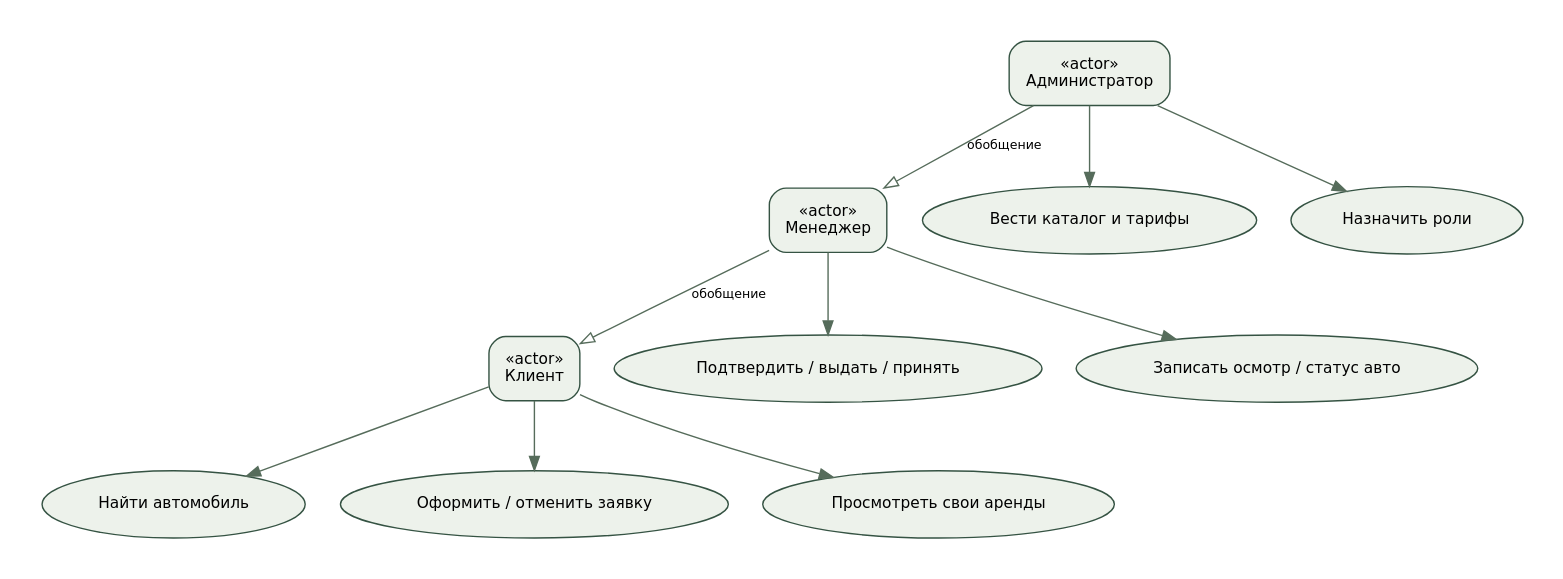
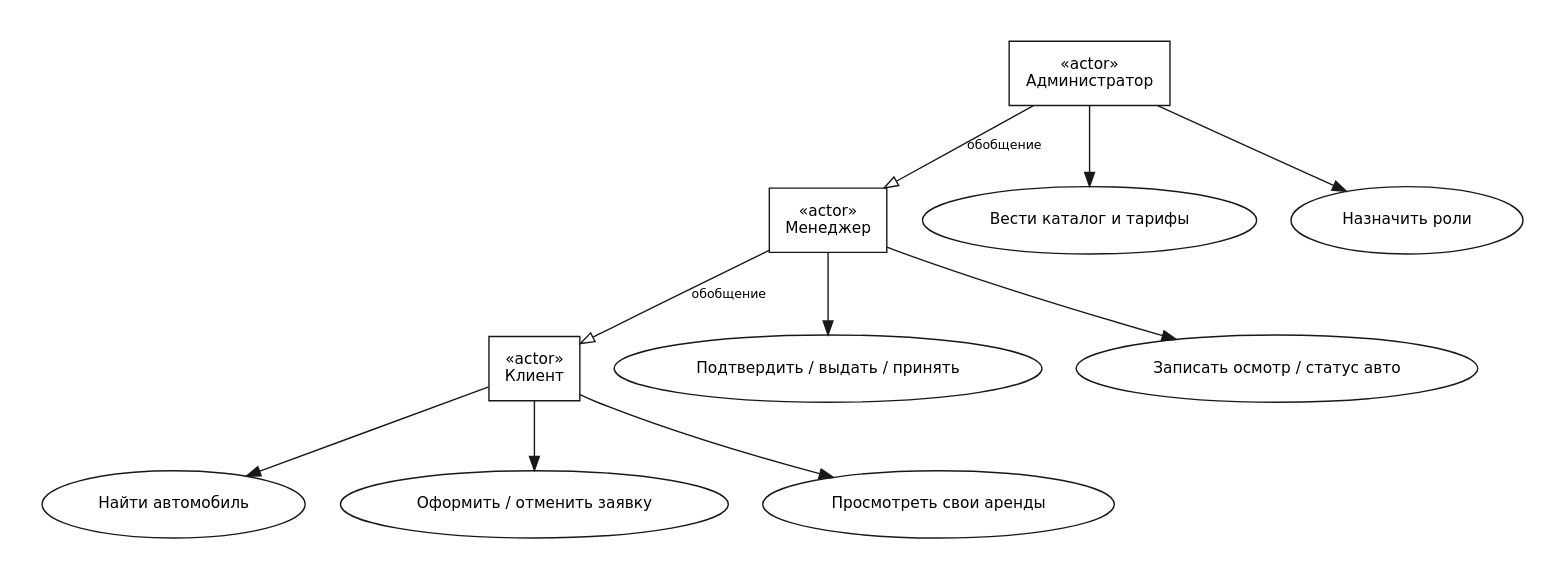
One commit to alexander2007B/cursovaya changed the diagram in docs/diagrams/usecase.dot. Above: the diagram before and after it, drawn with Graphviz. The commit also changed 52 other files, not shown here.

Commit message:
Restyle coursework diagrams and use plain hyphens

```diff
--- a/docs/diagrams/usecase.dot
+++ b/docs/diagrams/usecase.dot
@@ -1,4 +1,4 @@
-digraph G {graph [fontname="DejaVu Sans",bgcolor="white",pad="0.3",ranksep="0.65",nodesep="0.35"]; node [fontname="DejaVu Sans",fontsize=11,shape=box,style="rounded,filled",fillcolor="#edf2eb",color="#355343",margin="0.15"]; edge [fontname="DejaVu Sans",fontsize=9,color="#566c5b"];rankdir=TB;client[label="«actor»
+digraph G {graph [fontname="DejaVu Sans",bgcolor="white",pad="0.3",ranksep="0.65",nodesep="0.35"]; node [fontname="DejaVu Sans",fontsize=11,shape=box,style="filled",fillcolor="white",color="#181818",margin="0.15"]; edge [fontname="DejaVu Sans",fontsize=9,color="#181818"];rankdir=TB;client[label="«actor»
 Клиент"];manager[label="«actor»
 Менеджер"];admin[label="«actor»
 Администратор"];node[shape=ellipse];catalog[label="Найти автомобиль"];book[label="Оформить / отменить заявку"];profile[label="Просмотреть свои аренды"];process[label="Подтвердить / выдать / принять"];service[label="Записать осмотр / статус авто"];fleet[label="Вести каталог и тарифы"];roles[label="Назначить роли"];client->catalog;client->book;client->profile;manager->process;manager->service;admin->fleet;admin->roles;admin->manager[label="обобщение",arrowhead=empty];manager->client[label="обобщение",arrowhead=empty];}
```
